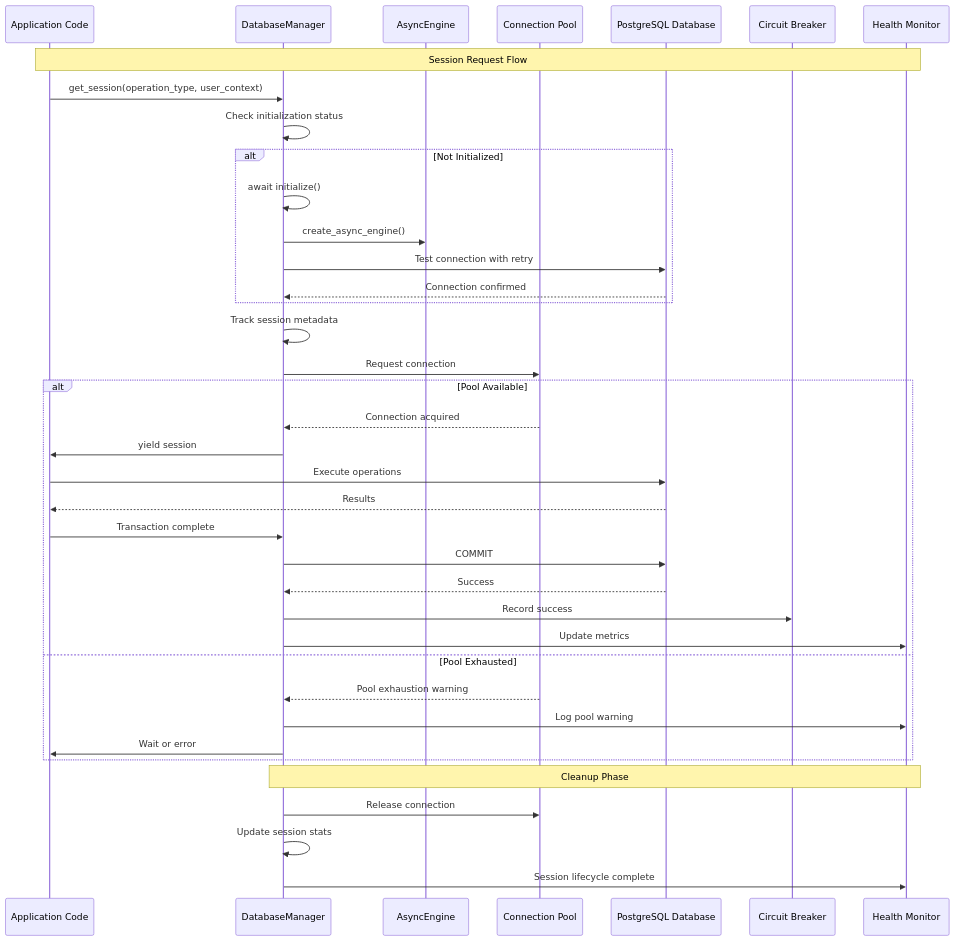
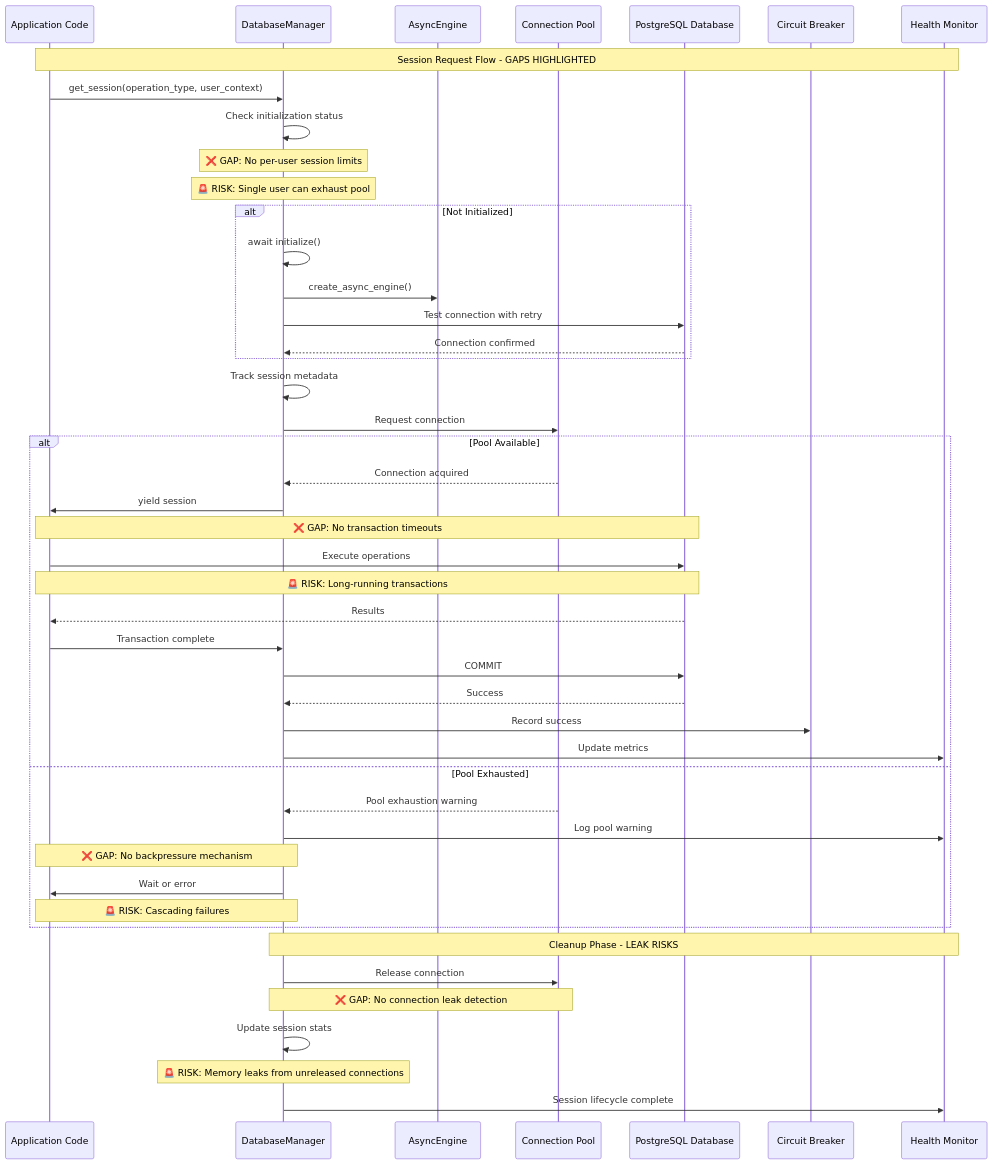
The second of 14 diagrams in docs/database_architecture_diagrams.md (netra-systems/zen), drawn with Mermaid before and after one commit. The commit also changed other lines of this file and 3 other files, not shown here.

````diff
--- a/docs/database_architecture_diagrams.md
+++ b/docs/database_architecture_diagrams.md
@@ -55,50 +108,63 @@
 ```mermaid
 sequenceDiagram
     participant App as Application Code
     participant DM as DatabaseManager
     participant Engine as AsyncEngine
     participant Pool as Connection Pool
     participant DB as PostgreSQL Database
     participant CB as Circuit Breaker
     participant Monitor as Health Monitor
     
-    Note over App,Monitor: Session Request Flow
+    Note over App,Monitor: Session Request Flow - GAPS HIGHLIGHTED
     
     App->>DM: get_session(operation_type, user_context)
     DM->>DM: Check initialization status
+    
+    %% GAP: No session limit per user
+    Note over DM: ❌ GAP: No per-user session limits
+    Note over DM: 🚨 RISK: Single user can exhaust pool
     
     alt Not Initialized
         DM->>DM: await initialize()
         DM->>Engine: create_async_engine()
         DM->>DB: Test connection with retry
         DB-->>DM: Connection confirmed
     end
     
     DM->>DM: Track session metadata
     DM->>Pool: Request connection
     
     alt Pool Available
         Pool-->>DM: Connection acquired
         DM->>App: yield session
         
+        %% GAP: No transaction timeout enforcement
+        Note over App,DB: ❌ GAP: No transaction timeouts
         App->>DB: Execute operations
+        Note over App,DB: 🚨 RISK: Long-running transactions
         DB-->>App: Results
         
         App->>DM: Transaction complete
         DM->>DB: COMMIT
         DB-->>DM: Success
         
         DM->>CB: Record success
         DM->>Monitor: Update metrics
         
     else Pool Exhausted
         Pool-->>DM: Pool exhaustion warning
         DM->>Monitor: Log pool warning
+        %% GAP: No proper backpressure mechanism
+        Note over DM,App: ❌ GAP: No backpressure mechanism
         DM->>App: Wait or error
+        Note over DM,App: 🚨 RISK: Cascading failures
     end
     
-    Note over DM,Monitor: Cleanup Phase
+    Note over DM,Monitor: Cleanup Phase - LEAK RISKS
     DM->>Pool: Release connection
+    %% GAP: No guarantee connection is actually released
+    Note over DM,Pool: ❌ GAP: No connection leak detection
     DM->>DM: Update session stats
+    Note over DM: 🚨 RISK: Memory leaks from unreleased connections
     DM->>Monitor: Session lifecycle complete
 ```
````
